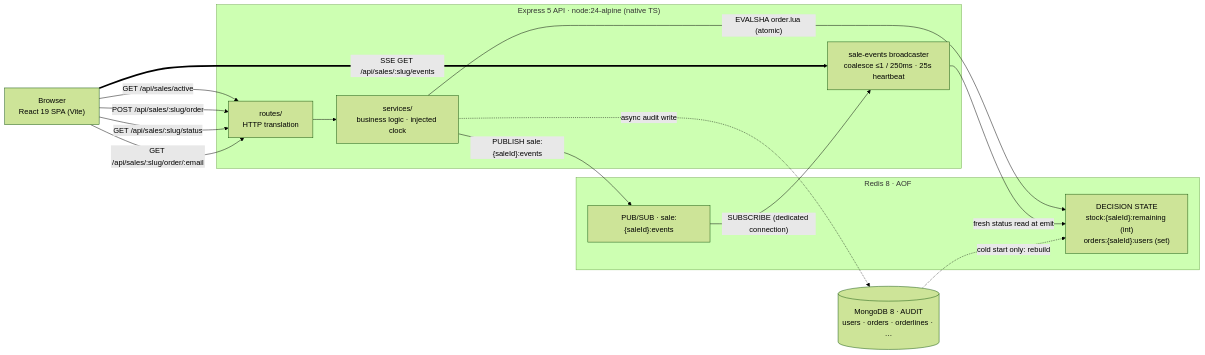
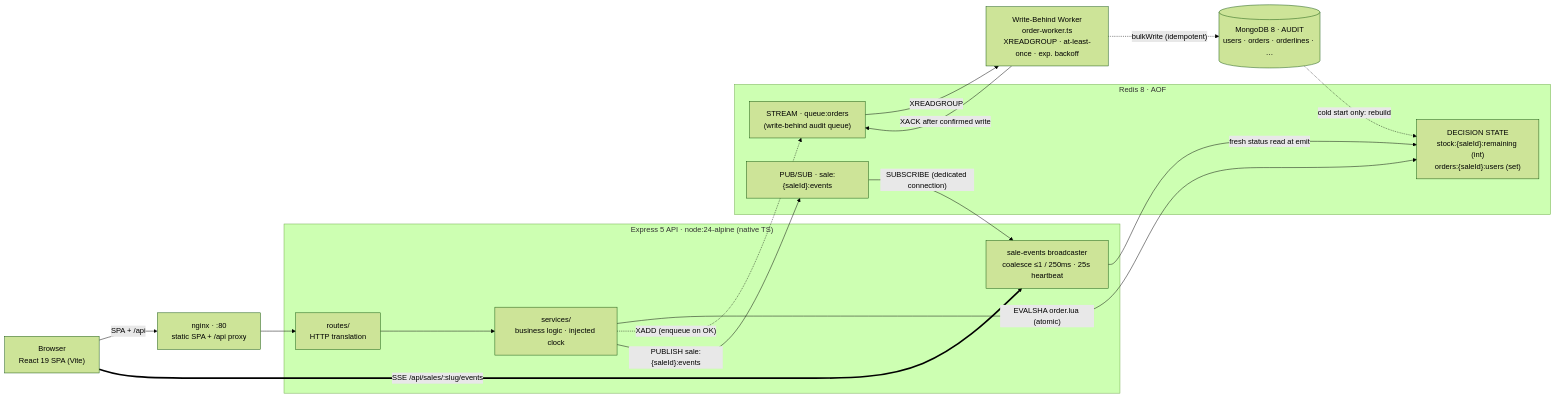
One commit to mjenh/flash-sale changed the diagram in README.md. Above: the diagram before and after it, drawn with Mermaid (forest theme). The commit also changed other lines of this file and 2 other files, not shown here.

First line of the commit message:
docs: update README and architecture for write-behind worker

````diff
--- a/README.md
+++ b/README.md
@@ -26,30 +30,34 @@
 ```mermaid
 flowchart LR
     Browser["Browser<br/>React 19 SPA (Vite)"]
+    Nginx["nginx · :80<br/>static SPA + /api proxy"]
 
     subgraph API["Express 5 API · node:24-alpine (native TS)"]
         Routes["routes/<br/>HTTP translation"]
         Services["services/<br/>business logic · injected clock"]
         Broadcaster["sale-events broadcaster<br/>coalesce ≤1 / 250ms · 25s heartbeat"]
     end
 
     subgraph Redis["Redis 8 · AOF"]
         Decision["DECISION STATE<br/>stock:{saleId}:remaining (int)<br/>orders:{saleId}:users (set)"]
         Channel["PUB/SUB · sale:{saleId}:events"]
+        Queue["STREAM · queue:orders<br/>(write-behind audit queue)"]
     end
 
+    Worker["Write-Behind Worker<br/>order-worker.ts<br/>XREADGROUP · at-least-once · exp. backoff"]
     Mongo[("MongoDB 8 · AUDIT<br/>users · orders · orderlines · …")]
 
-    Browser -- "GET /api/sales/active" --> Routes
-    Browser -- "POST /api/sales/:slug/order" --> Routes
-    Browser -- "GET /api/sales/:slug/status" --> Routes
-    Browser -- "GET /api/sales/:slug/order/:email" --> Routes
-    Browser == "SSE GET /api/sales/:slug/events" ==> Broadcaster
+    Browser -- "SPA + /api" --> Nginx
+    Nginx --> Routes
+    Browser == "SSE /api/sales/:slug/events" ==> Broadcaster
     Routes --> Services
     Services -- "EVALSHA order.lua (atomic)" --> Decision
-    Services -. "async audit write" .-> Mongo
+    Services -. "XADD (enqueue on OK)" .-> Queue
+    Queue -- "XREADGROUP" --> Worker
+    Worker -. "bulkWrite (idempotent)" .-> Mongo
+    Worker -- "XACK after confirmed write" --> Queue
     Services -- "PUBLISH sale:{saleId}:events" --> Channel
     Channel -- "SUBSCRIBE (dedicated connection)" --> Broadcaster
     Broadcaster -- "fresh status read at emit" --> Decision
     Mongo -. "cold start only: rebuild" .-> Decision
 ```
````
